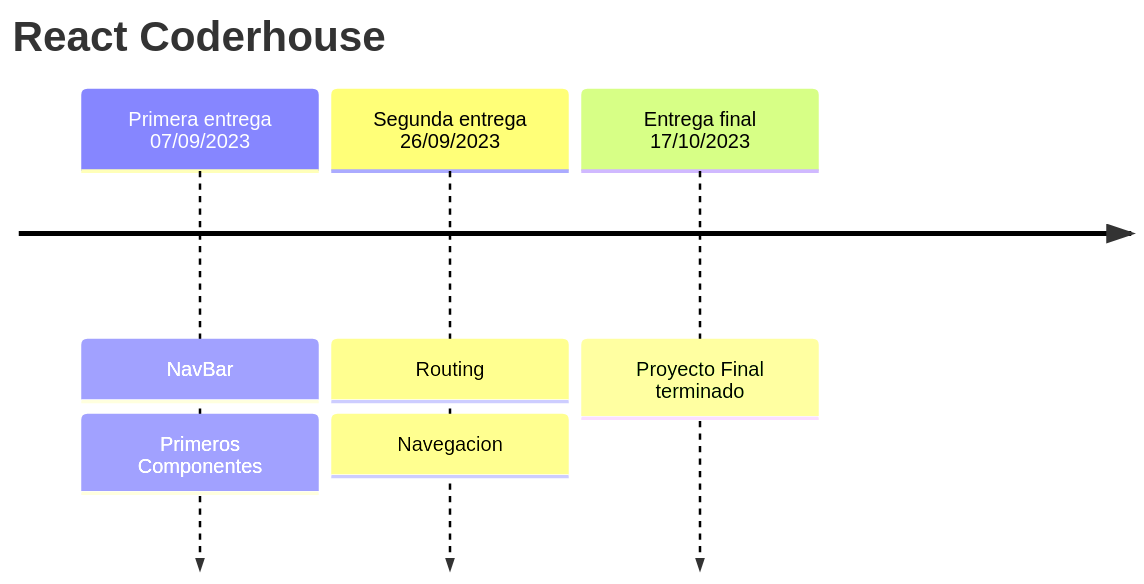
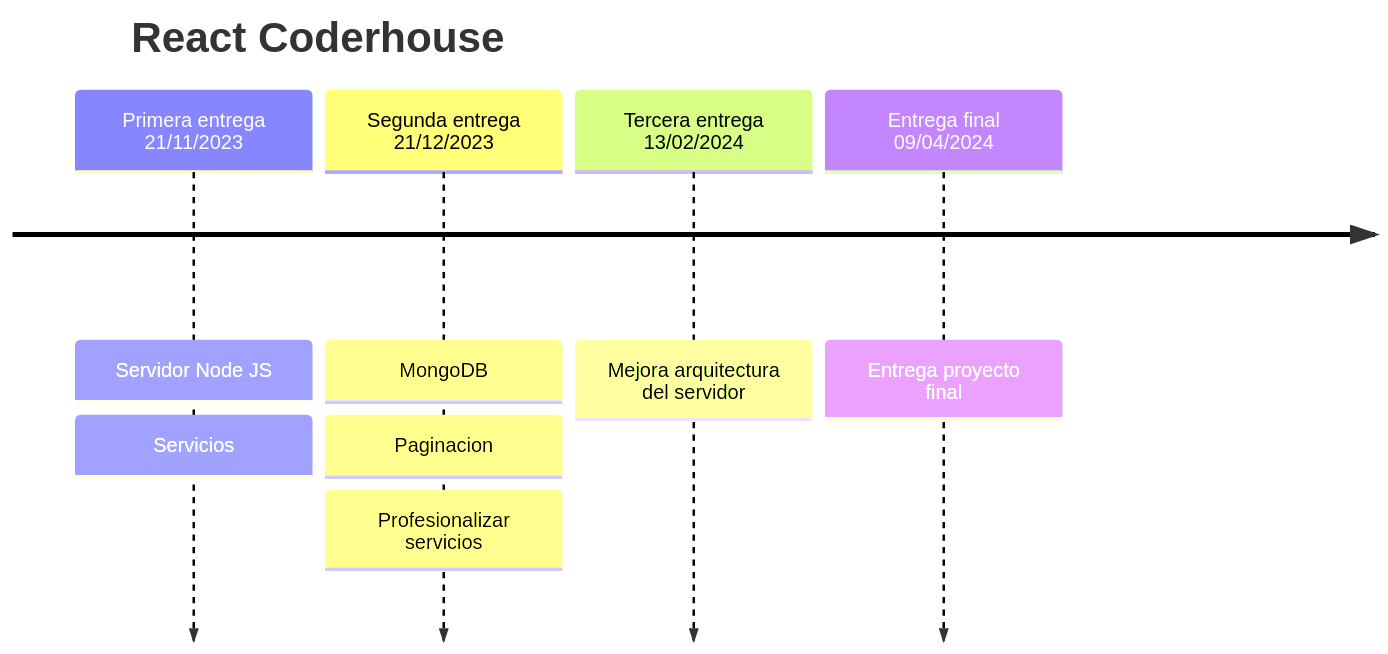
The diagram in README.md (agusflores/e-commerce-be), drawn with Mermaid before and after one commit.

````diff
--- a/README.md
+++ b/README.md
@@ -17,7 +17,8 @@
 ``` mermaid
 timeline
     title React Coderhouse
-    Primera entrega 07/09/2023 : NavBar : Primeros Componentes
-    Segunda entrega 26/09/2023 : Routing : Navegacion 
-    Entrega final 17/10/2023   : Proyecto Final terminado
+    Primera entrega 21/11/2023 : Servidor Node JS : Servicios 
+    Segunda entrega 21/12/2023 : MongoDB : Paginacion : Profesionalizar servicios 
+    Tercera entrega 13/02/2024 : Mejora arquitectura del servidor
+    Entrega final   09/04/2024 : Entrega proyecto final
 ```
````
